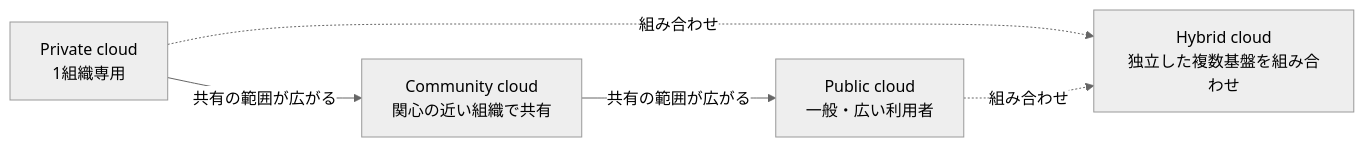
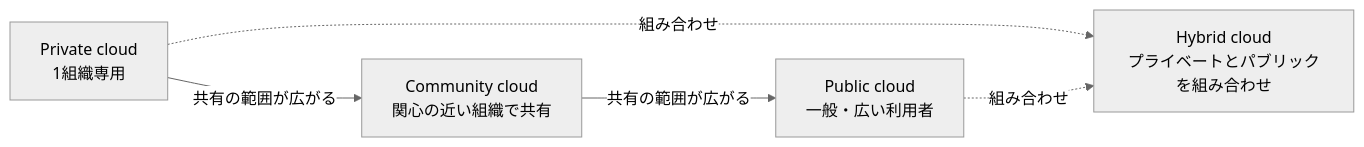
Before and after one commit to myoshi2891/Cloud-Infrastructure-and-Network-Studies: the seventh of 14 diagrams in Iso-iec-22123-2-guide.md, drawn with Mermaid (neutral theme). The commit also changed other lines of this file and 5 other files, not shown here.

````diff
--- a/Iso-iec-22123-2-guide.md
+++ b/Iso-iec-22123-2-guide.md
@@ -458,11 +458,11 @@
 ```mermaid
 flowchart LR
     D1["Private cloud<br/>1組織専用"]
     D2["Community cloud<br/>関心の近い組織で共有"]
     D3["Public cloud<br/>一般・広い利用者"]
-    D4["Hybrid cloud<br/>独立した複数基盤を組み合わせ"]
+    D4["Hybrid cloud<br/>プライベートとパブリックを組み合わせ"]
     D1 -->|"共有の範囲が広がる"| D2
     D2 -->|"共有の範囲が広がる"| D3
     D1 -.->|"組み合わせ"| D4
     D3 -.->|"組み合わせ"| D4
 ```
````
